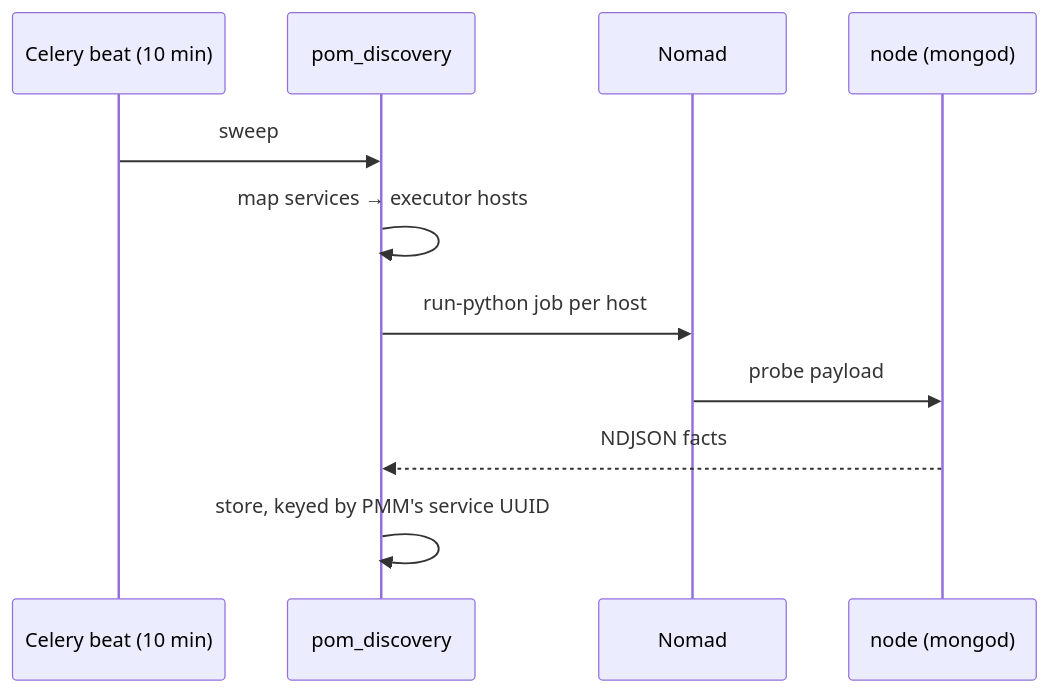
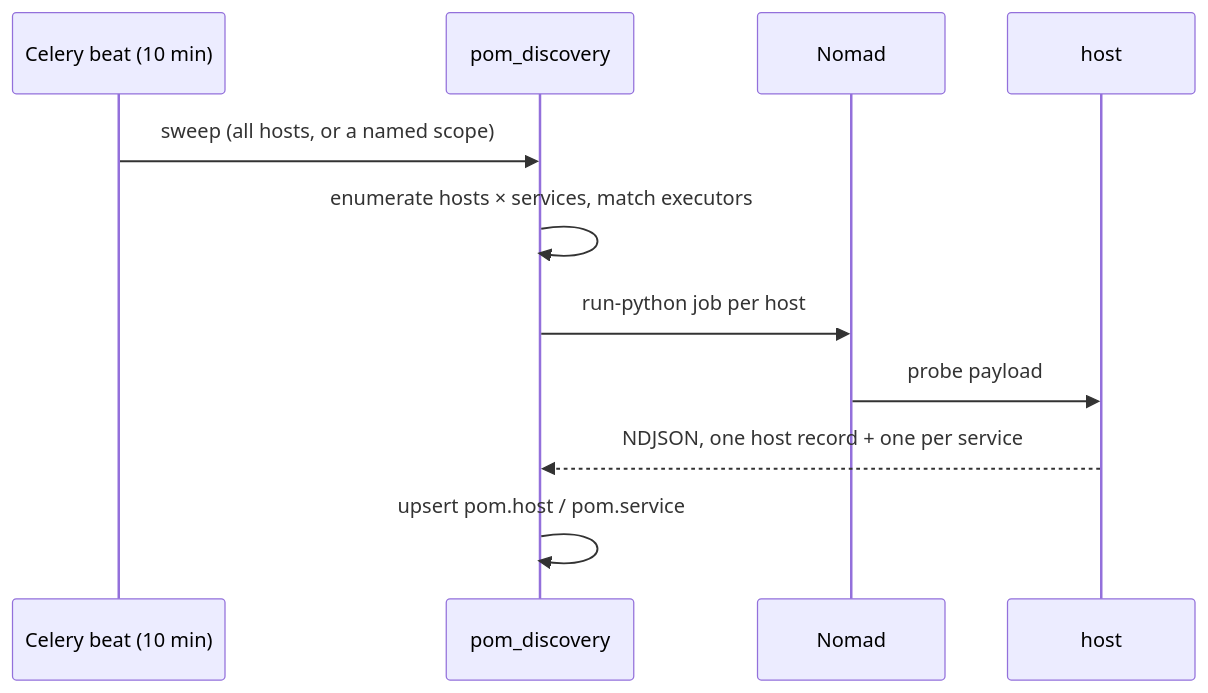
One commit to Percona-Lab/pom-workspace changed the third of 4 diagrams in docs/architecture.md. Above: the diagram before and after it, drawn with Mermaid. The commit also changed other lines of this file and 4 other files, not shown here.

````diff
--- a/docs/architecture.md
+++ b/docs/architecture.md
@@ -93,14 +116,14 @@
 ```mermaid
 sequenceDiagram
     participant B as Celery beat (10 min)
     participant D as pom_discovery
     participant N as Nomad
-    participant H as node (mongod)
+    participant H as host
 
-    B->>D: sweep
-    D->>D: map services → executor hosts
+    B->>D: sweep (all hosts, or a named scope)
+    D->>D: enumerate hosts × services, match executors
     D->>N: run-python job per host
     N->>H: probe payload
-    H-->>D: NDJSON facts
-    D->>D: store, keyed by PMM's service UUID
+    H-->>D: NDJSON, one host record + one per service
+    D->>D: upsert pom.host / pom.service
 ```
````
